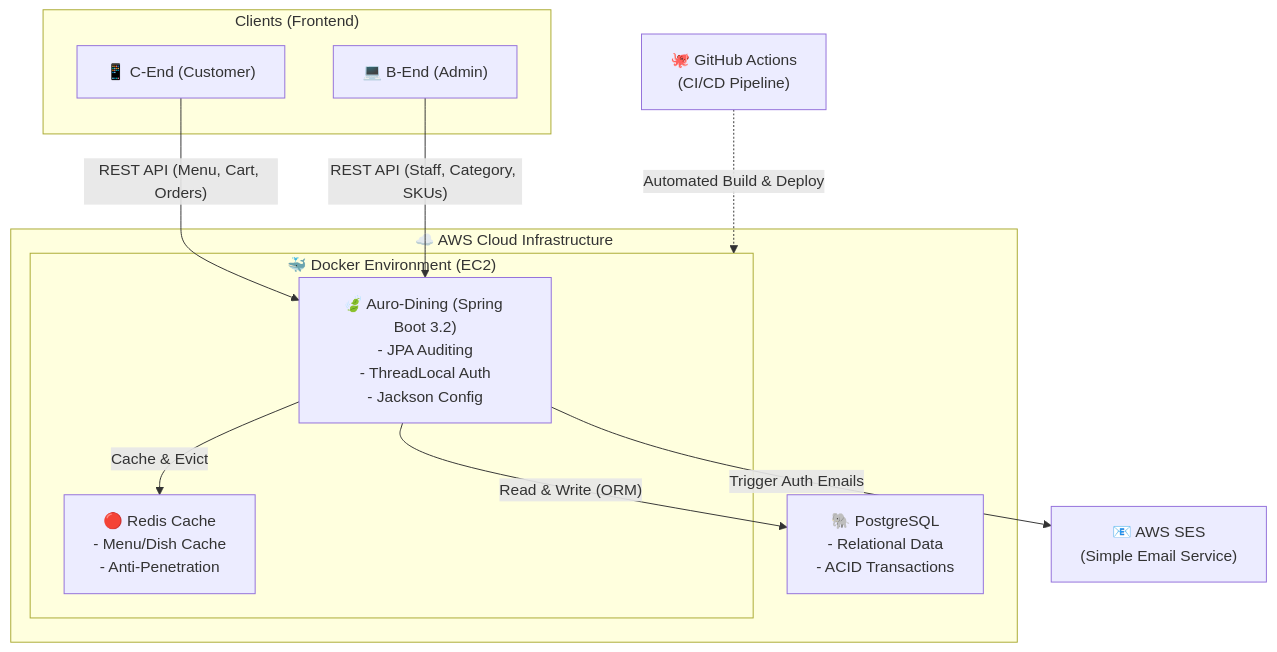
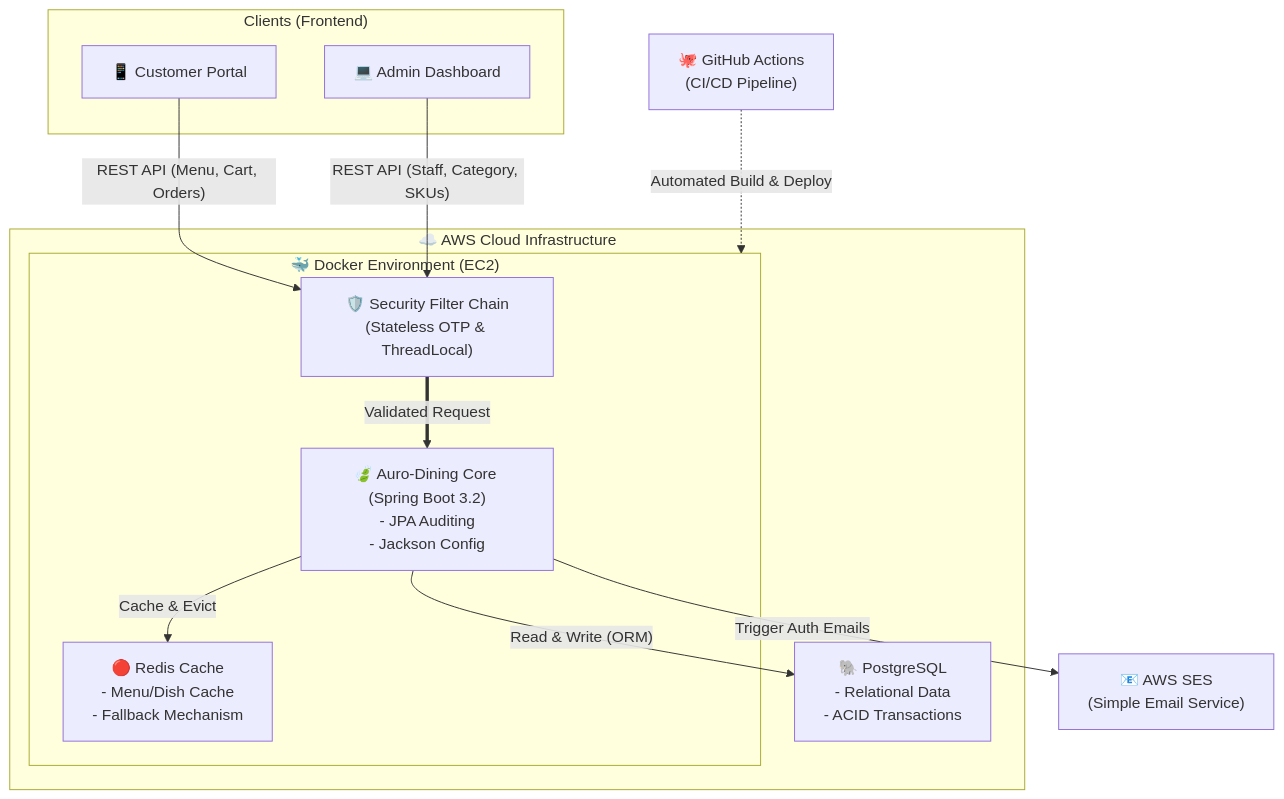
The first of 3 diagrams in README.md (hannaqq/Auro-Dining), drawn with Mermaid before and after one commit. The commit also changed other lines of this file and 5 other files, not shown here.

````diff
--- a/README.md
+++ b/README.md
@@ -32,27 +42,30 @@
 ```mermaid
 flowchart TB
     subgraph Clients["Clients (Frontend)"]
-        C_End["📱 C-End (Customer)"]
-        B_End["💻 B-End (Admin)"]
+        CustomerPortal["📱 Customer Portal"]
+        AdminDashboard["💻 Admin Dashboard"]
     end
 
     subgraph Cloud["☁️ AWS Cloud Infrastructure"]
         subgraph Docker["🐳 Docker Environment (EC2)"]
-            App["🍃 Auro-Dining (Spring Boot 3.2)<br/>- JPA Auditing<br/>- ThreadLocal Auth<br/>- Jackson Config"]
-            Redis["🔴 Redis Cache<br/>- Menu/Dish Cache<br/>- Anti-Penetration"]
+            AuthFilter["🛡️ Security Filter Chain<br/>(Stateless OTP & ThreadLocal)"]
+            App["🍃 Auro-Dining Core (Spring Boot 3.2)<br/>- JPA Auditing<br/>- Jackson Config"]
+            Redis["🔴 Redis Cache<br/>- Menu/Dish Cache<br/>- Fallback Mechanism"]
+            
+            AuthFilter ==>|"Validated Request"| App
         end
         PostgreSQL["🐘 PostgreSQL<br/>- Relational Data<br/>- ACID Transactions"]
     end
 
     SES["📧 AWS SES<br/>(Simple Email Service)"]
     Github["🐙 GitHub Actions<br/>(CI/CD Pipeline)"]
 
-    C_End -- "REST API (Menu, Cart, Orders)" --> App
-    B_End -- "REST API (Staff, Category, SKUs)" --> App
+    CustomerPortal -- "REST API (Menu, Cart, Orders)" --> AuthFilter
+    AdminDashboard -- "REST API (Staff, Category, SKUs)" --> AuthFilter
     
     App -- "Cache & Evict" --> Redis
     App -- "Read & Write (ORM)" --> PostgreSQL
     App -- "Trigger Auth Emails" --> SES
     
     Github -. "Automated Build & Deploy" .-> Docker
 ```
````
